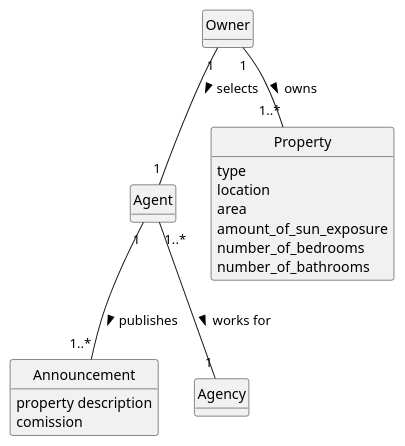
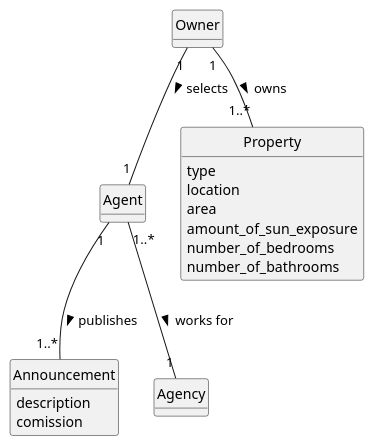
The diagram in docs/Sprint-B/US002/02.analysis/puml/us002-domain-model.puml (Rodrick0209/ISEP-LAPR2-22-23), drawn with PlantUML before and after one commit. The commit also changed 15 other files, not shown here.

```diff
--- a/docs/Sprint-B/US002/02.analysis/puml/us002-domain-model.puml
+++ b/docs/Sprint-B/US002/02.analysis/puml/us002-domain-model.puml
@@ -1,44 +1,44 @@
     @startuml
 skinparam monochrome true
 skinparam packageStyle rectangle
 skinparam shadowing false
 
 'left to right direction
 
 skinparam classAttributeIconSize 0
 
 hide circle
 hide methods
 
 'title Domain Model
 
 'class Platform {
 '  -description
 '}
 
 class Agent {
 }
 
 class Owner {
 }
 
 class Property {
     type
     location
     area
     amount_of_sun_exposure
     number_of_bedrooms
     number_of_bathrooms
 }
 
 class Announcement {
-     property description
+    description
     comission
   }
 
 Owner "1" -- "1" Agent : selects >
 Owner "1" -- "1..*" Property : owns >
 Agent "1" -- "1..*" Announcement : publishes >
 Agent "1..*" -- "1" Agency : works for >
 
 @enduml
```
